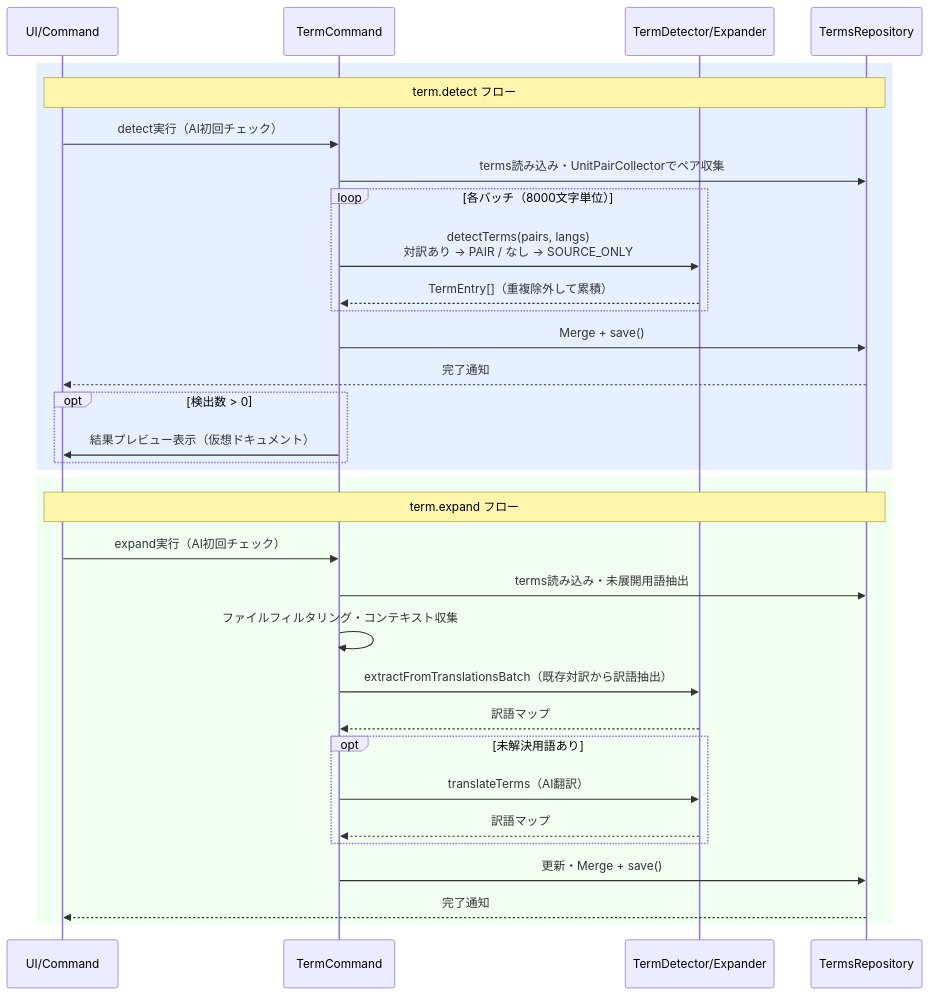
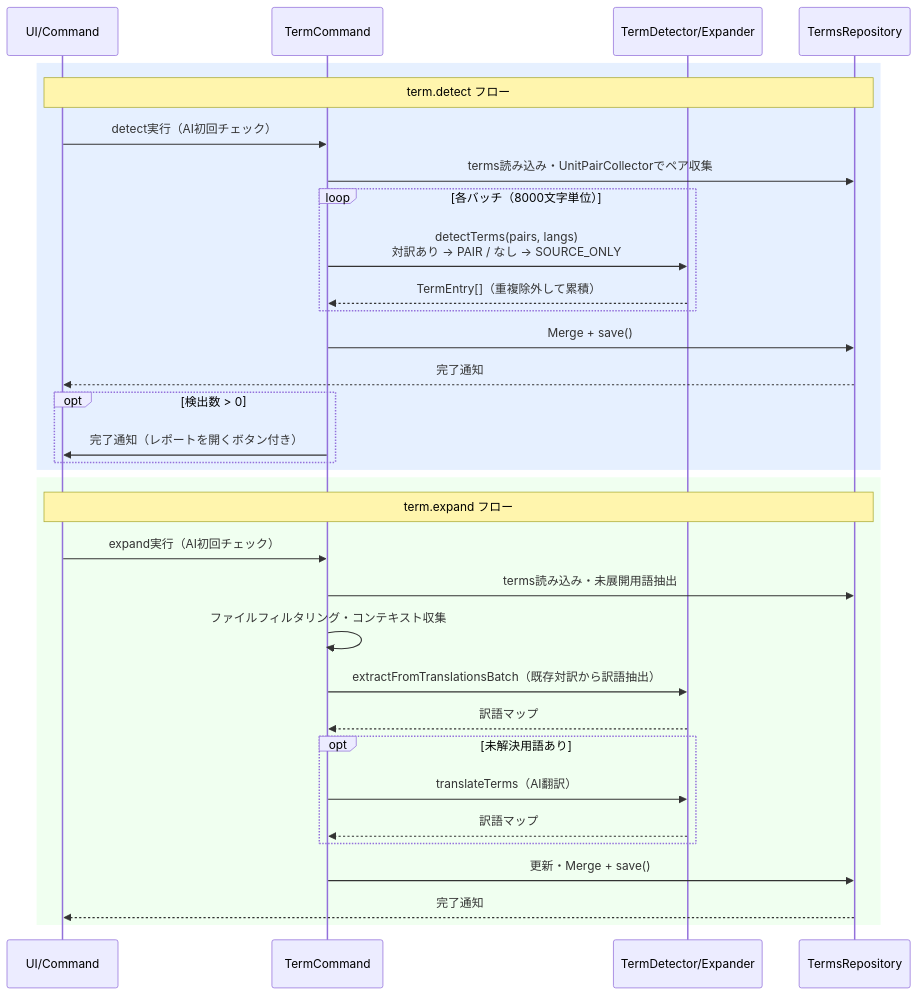
One commit to mochimochiki/mdait changed the diagram in docs/design/command_term.md. Above: the diagram before and after it, drawn with Mermaid. The commit also changed other lines of this file and 38 other files, not shown here.

````diff
--- a/docs/design/command_term.md
+++ b/docs/design/command_term.md
@@ -79,37 +79,37 @@
 ```mermaid
 sequenceDiagram
     participant User as UI/Command
     participant Cmd as TermCommand
     participant AI as TermDetector/Expander
     participant Repo as TermsRepository
 
     rect rgb(230, 240, 255)
         Note over User,Repo: term.detect フロー
         User->>Cmd: detect実行（AI初回チェック）
         Cmd->>Repo: terms読み込み・UnitPairCollectorでペア収集
         loop 各バッチ（8000文字単位）
             Cmd->>AI: detectTerms(pairs, langs)<br/>対訳あり → PAIR / なし → SOURCE_ONLY
             AI-->>Cmd: TermEntry[]（重複除外して累積）
         end
         Cmd->>Repo: Merge + save()
         Repo-->>User: 完了通知
         opt 検出数 > 0
-            Cmd->>User: 結果プレビュー表示（仮想ドキュメント）
+            Cmd->>User: 完了通知（レポートを開くボタン付き）
         end
     end
 
     rect rgb(240, 255, 240)
         Note over User,Repo: term.expand フロー
         User->>Cmd: expand実行（AI初回チェック）
         Cmd->>Repo: terms読み込み・未展開用語抽出
         Cmd->>Cmd: ファイルフィルタリング・コンテキスト収集
         Cmd->>AI: extractFromTranslationsBatch（既存対訳から訳語抽出）
         AI-->>Cmd: 訳語マップ
         opt 未解決用語あり
             Cmd->>AI: translateTerms（AI翻訳）
             AI-->>Cmd: 訳語マップ
         end
         Cmd->>Repo: 更新・Merge + save()
         Repo-->>User: 完了通知
     end
 ```
````
